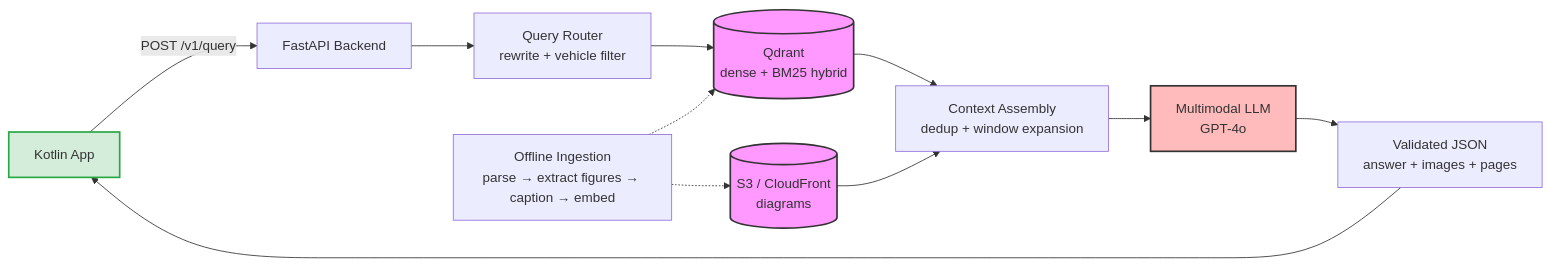
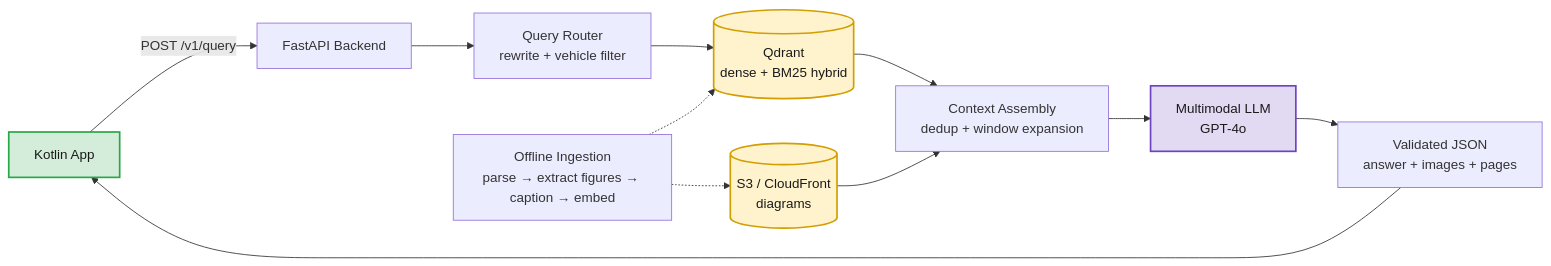
Before and after one commit to swaraj123822/Auto-M-RAG: the diagram in README.md, drawn with Mermaid. The commit also changed 1 other file, not shown here.

Commit message:
refactor: update mermaid diagram styles for consistency and clarity

````diff
--- a/README.md
+++ b/README.md
@@ -96,18 +96,18 @@
 ```mermaid
 graph LR
-    classDef app fill:#d4edda,stroke:#28a745,stroke-width:2px;
-    classDef store fill:#f9f,stroke:#333,stroke-width:2px;
-    classDef model fill:#fbb,stroke:#333,stroke-width:2px;
+    classDef app fill:#d4edda,stroke:#28a745,stroke-width:2px,color:#1a1a1a;
+    classDef store fill:#fff3cd,stroke:#d39e00,stroke-width:2px,color:#1a1a1a;
+    classDef model fill:#e2d9f3,stroke:#6f42c1,stroke-width:2px,color:#1a1a1a;
 
     APP["Kotlin App"]:::app -->|"POST /v1/query"| API["FastAPI Backend"]
     API --> QR["Query Router<br/>rewrite + vehicle filter"]
     QR --> QD[("Qdrant<br/>dense + BM25 hybrid")]:::store
     QD --> CTX["Context Assembly<br/>dedup + window expansion"]
     S3[("S3 / CloudFront<br/>diagrams")]:::store --> CTX
     CTX --> LLM["Multimodal LLM<br/>GPT-4o"]:::model
     LLM --> OUT["Validated JSON<br/>answer + images + pages"]
     OUT --> APP
 
     ING["Offline Ingestion<br/>parse → extract figures → caption → embed"] -.-> QD
     ING -.-> S3
 ```
````
